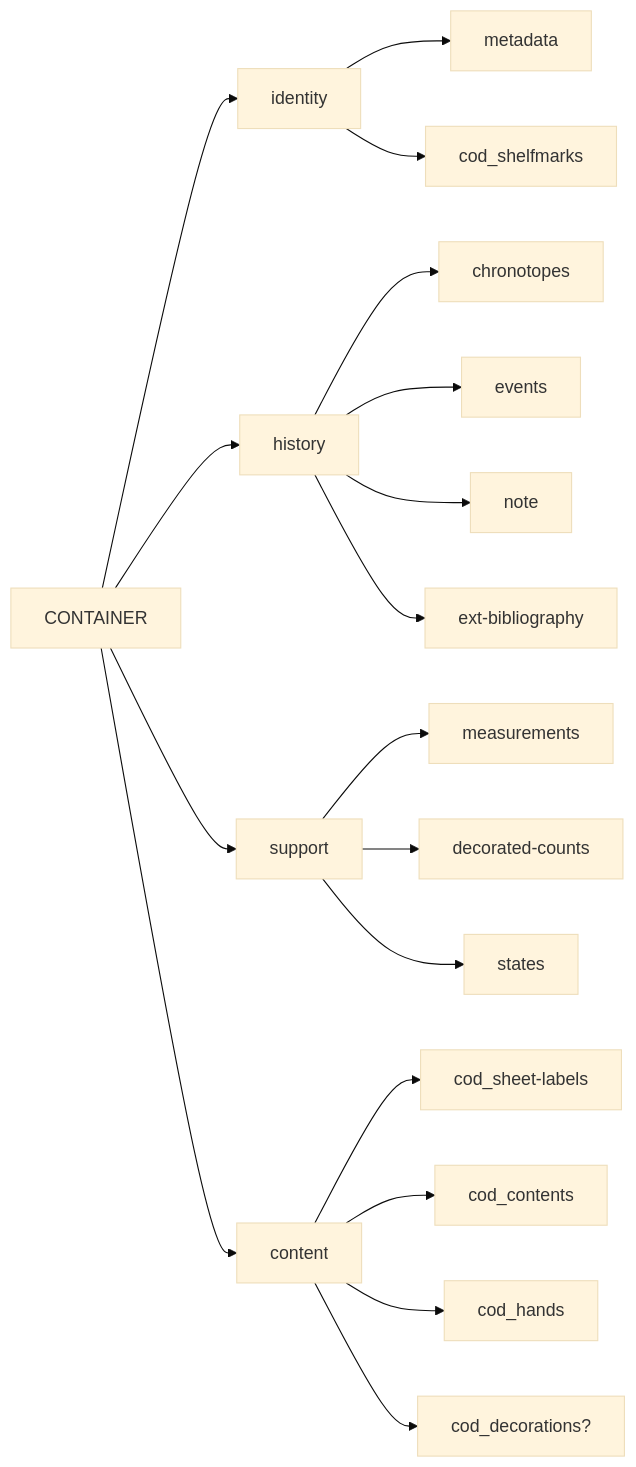
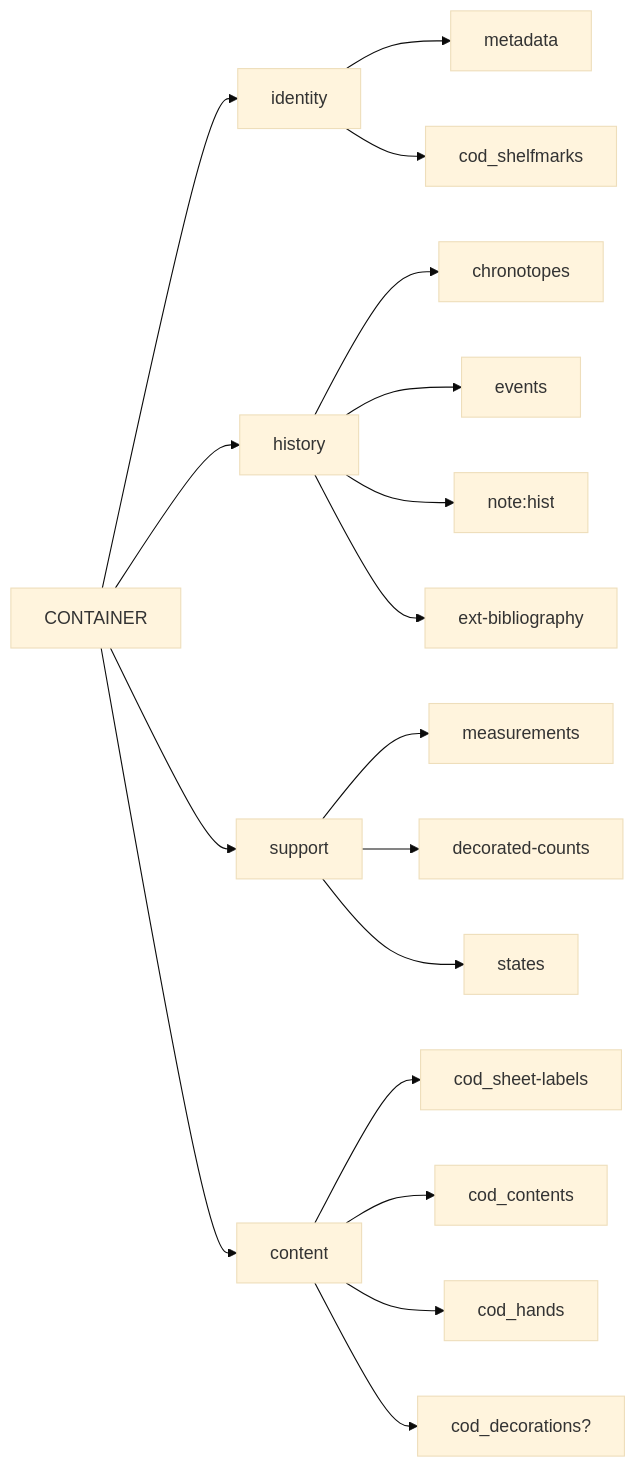
One commit to vedph/cadmus-ndp-frac changed the second of 2 diagrams in README.md. Above: the diagram before and after it, drawn with Mermaid (base theme). The commit also changed other lines of this file, not shown here.

````diff
--- a/README.md
+++ b/README.md
@@ -39,20 +40,20 @@
 ```mermaid
 graph LR;
 CONTAINER --> identity
 identity --> metadata
 identity --> cod_shelfmarks
 CONTAINER --> history
 history --> chronotopes
 history --> events
-history --> note
+history --> note:hist
 history --> ext-bibliography
 CONTAINER --> support
 support --> measurements
 support --> decorated-counts
 support --> states
 CONTAINER --> content
 content --> cod_sheet-labels
 content --> cod_contents
 content --> cod_hands
 content --> cod_decorations?
 ```
````
